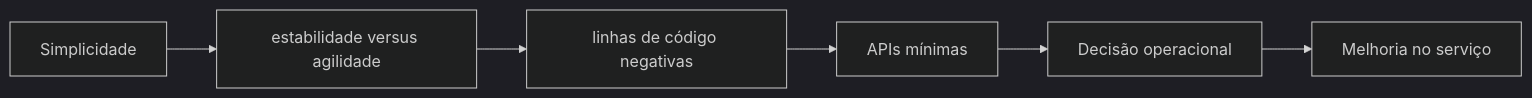
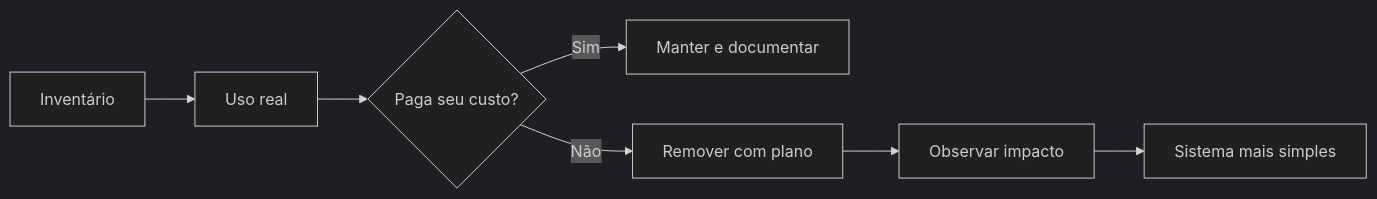
One commit to rafaelrezo/curso-engenharia-confiabilidade changed the diagram in docs/capitulos/capitulo-06.md. Above: the diagram before and after it, drawn with Mermaid (dark theme). The commit also changed other lines of this file and 4 other files, not shown here.

````diff
--- a/docs/capitulos/capitulo-06.md
+++ b/docs/capitulos/capitulo-06.md
@@ -66,8 +72,9 @@
 ```mermaid
 flowchart LR
-    Tema["Simplicidade"] --> C1["estabilidade versus agilidade"]
-    C1 --> C2["linhas de código negativas"]
-    C2 --> C3["APIs mínimas"]
-    C3 --> Decisao["Decisão operacional"]
-    Decisao --> Acao["Melhoria no serviço"]
+    Inventory["Inventário"] --> Usage["Uso real"]
+    Usage --> Decision{"Paga seu custo?"}
+    Decision -->|Sim| Keep["Manter e documentar"]
+    Decision -->|Não| Remove["Remover com plano"]
+    Remove --> Observe["Observar impacto"]
+    Observe --> Simpler["Sistema mais simples"]
 ```
````
